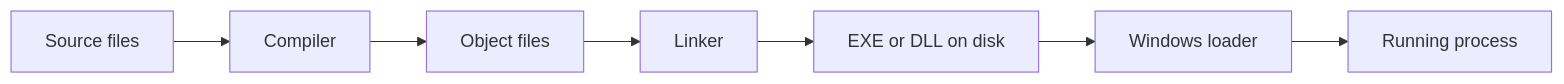
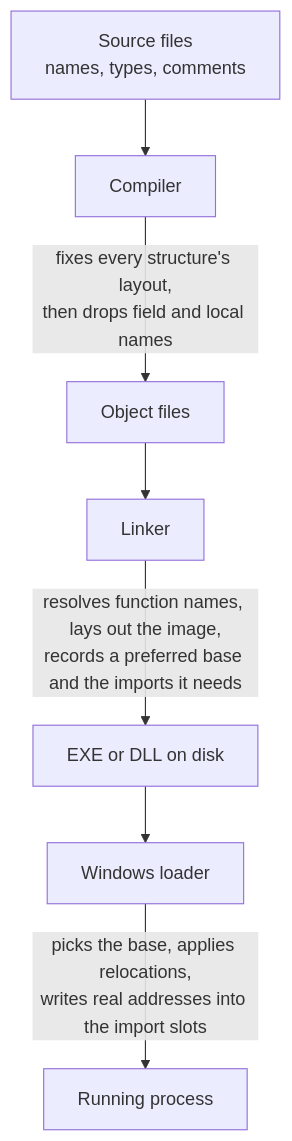
Before and after one commit to MustCodeAl/rust-game-hacking-book: the diagram in _pages/01-start-here/09-from-source-code-to-a-running-program.md, drawn with Mermaid. The commit also changed other lines of this file and 8 other files, not shown here.

First line of the commit message:
Add figures and diagrams across Chapter 1

````diff
--- a/_pages/01-start-here/09-from-source-code-to-a-running-program.md
+++ b/_pages/01-start-here/09-from-source-code-to-a-running-program.md
@@ -23,9 +23,9 @@
 ```mermaid
-flowchart LR
-    A["Source files"] --> B["Compiler"]
-    B --> C["Object files"]
+flowchart TD
+    A["Source files<br/>names, types, comments"] --> B["Compiler"]
+    B -->|"fixes every structure's layout,<br/>then drops field and local names"| C["Object files"]
     C --> D["Linker"]
-    D --> E["EXE or DLL on disk"]
+    D -->|"resolves function names, lays out the image,<br/>records a preferred base and the imports it needs"| E["EXE or DLL on disk"]
     E --> F["Windows loader"]
-    F --> G["Running process"]
+    F -->|"picks the base, applies relocations,<br/>writes real addresses into the import slots"| G["Running process"]
 ```
````
